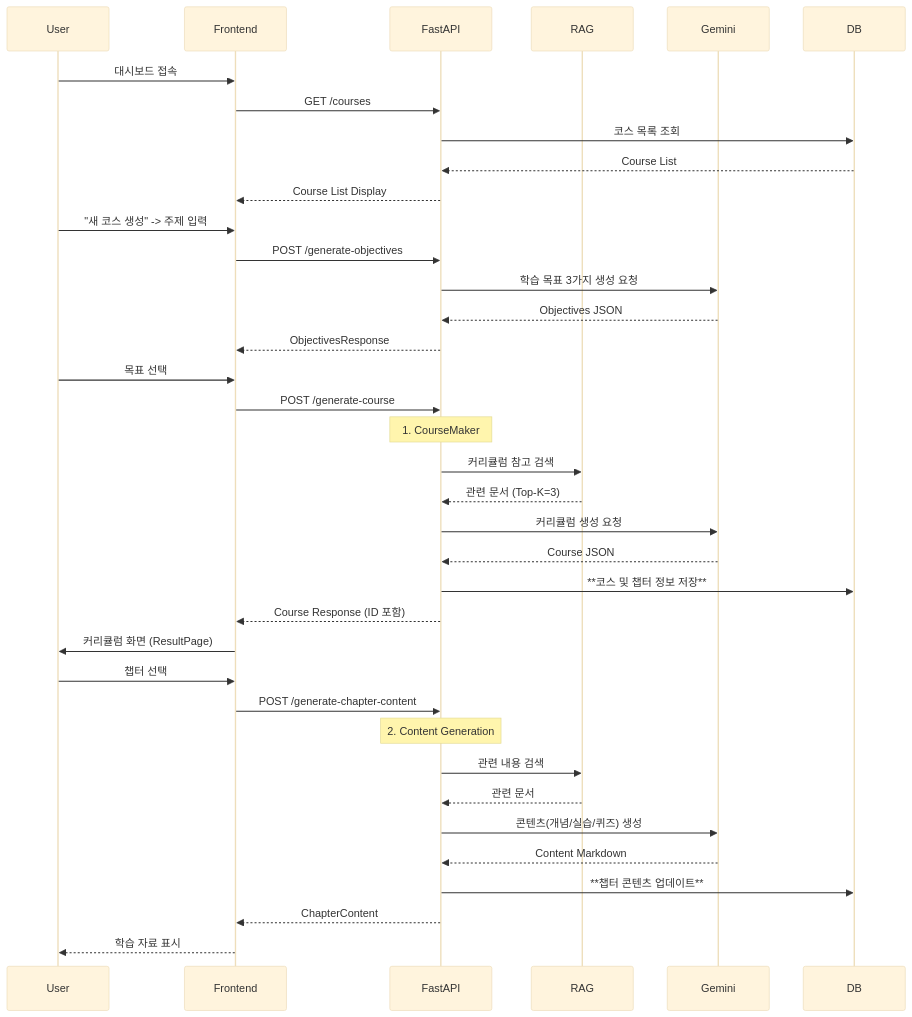
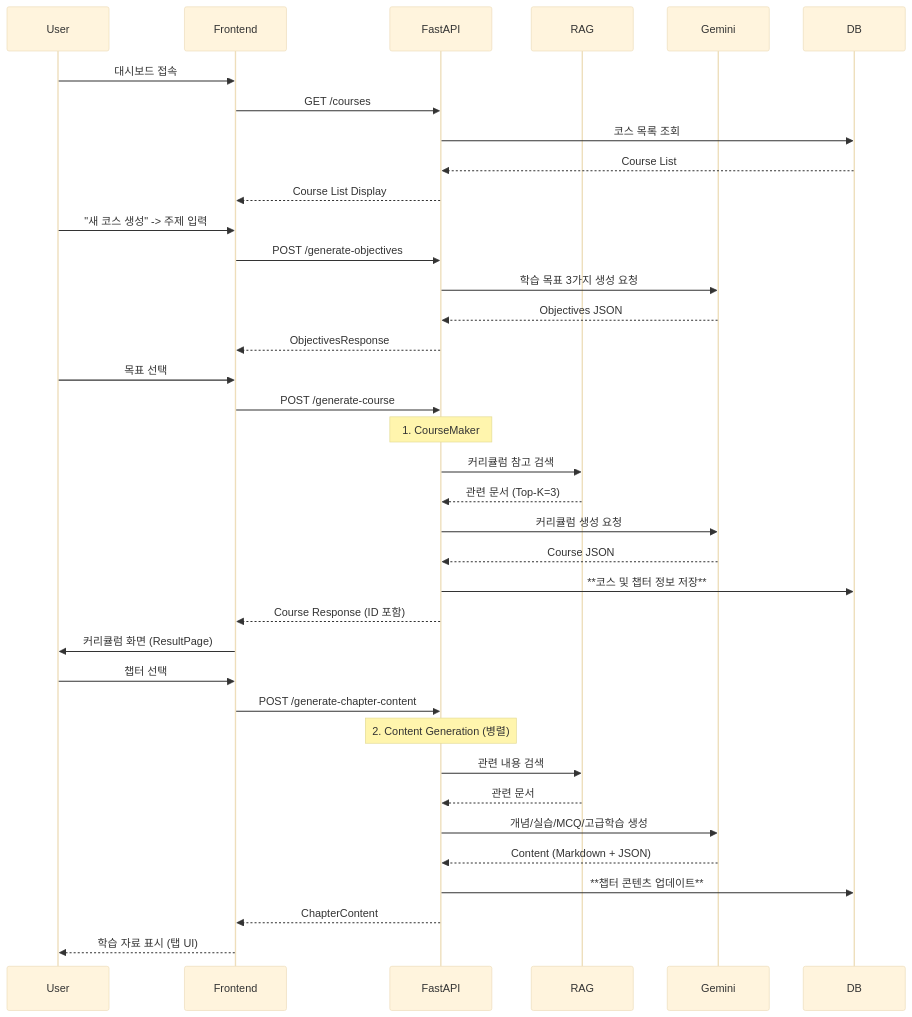
Before and after one commit to I-nkamanda/poppins: the second of 3 diagrams in plans/pop_pins_ii_architecture.md, drawn with Mermaid (base theme). The commit also changed other lines of this file, not shown here.

Commit message:
architecture 문서 업데이트

````diff
--- a/plans/pop_pins_ii_architecture.md
+++ b/plans/pop_pins_ii_architecture.md
@@ -263,47 +274,47 @@
 ```mermaid
 sequenceDiagram
     participant User
     participant Frontend
     participant FastAPI
     participant RAG
     participant Gemini
     participant DB
     
     User->>Frontend: 대시보드 접속
     Frontend->>FastAPI: GET /courses
     FastAPI->>DB: 코스 목록 조회
     DB-->>FastAPI: Course List
     FastAPI-->>Frontend: Course List Display
     
     User->>Frontend: "새 코스 생성" -> 주제 입력
     Frontend->>FastAPI: POST /generate-objectives
     FastAPI->>Gemini: 학습 목표 3가지 생성 요청
     Gemini-->>FastAPI: Objectives JSON
     FastAPI-->>Frontend: ObjectivesResponse
     
     User->>Frontend: 목표 선택
     Frontend->>FastAPI: POST /generate-course
     
     Note over FastAPI: 1. CourseMaker
     FastAPI->>RAG: 커리큘럼 참고 검색
     RAG-->>FastAPI: 관련 문서 (Top-K=3)
     FastAPI->>Gemini: 커리큘럼 생성 요청
     Gemini-->>FastAPI: Course JSON
     FastAPI->>DB: **코스 및 챕터 정보 저장**
     FastAPI-->>Frontend: Course Response (ID 포함)
     
     Frontend->>User: 커리큘럼 화면 (ResultPage)
     
     User->>Frontend: 챕터 선택
     Frontend->>FastAPI: POST /generate-chapter-content
     
-    Note over FastAPI: 2. Content Generation
+    Note over FastAPI: 2. Content Generation (병렬)
     FastAPI->>RAG: 관련 내용 검색
     RAG-->>FastAPI: 관련 문서
-    FastAPI->>Gemini: 콘텐츠(개념/실습/퀴즈) 생성
-    Gemini-->>FastAPI: Content Markdown
+    FastAPI->>Gemini: 개념/실습/MCQ/고급학습 생성
+    Gemini-->>FastAPI: Content (Markdown + JSON)
     FastAPI->>DB: **챕터 콘텐츠 업데이트**
     
     FastAPI-->>Frontend: ChapterContent
-    Frontend-->>User: 학습 자료 표시
+    Frontend-->>User: 학습 자료 표시 (탭 UI)
 ```
````
